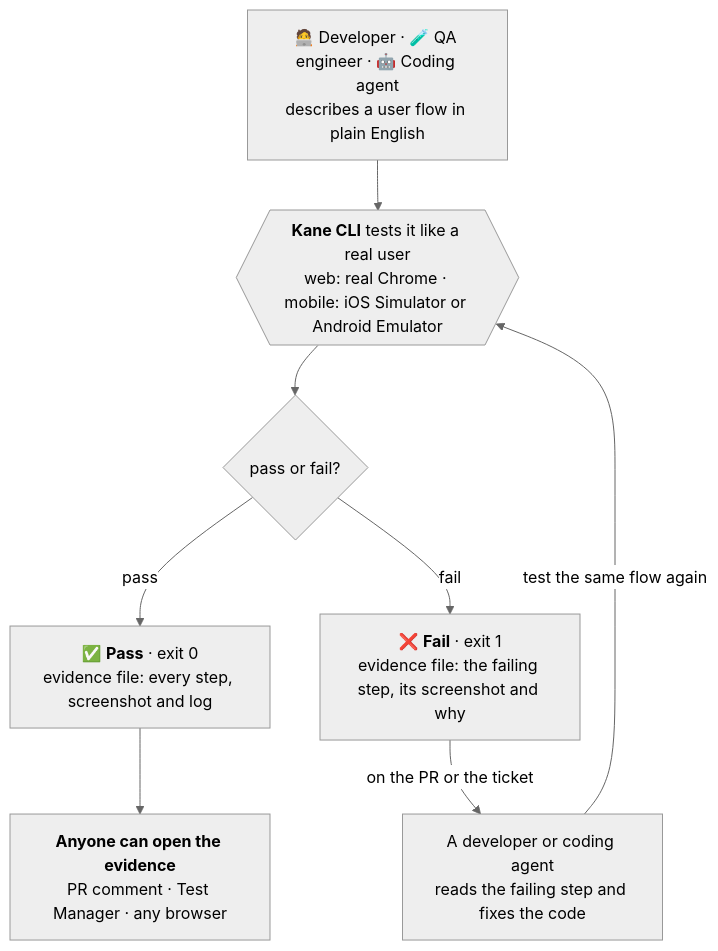
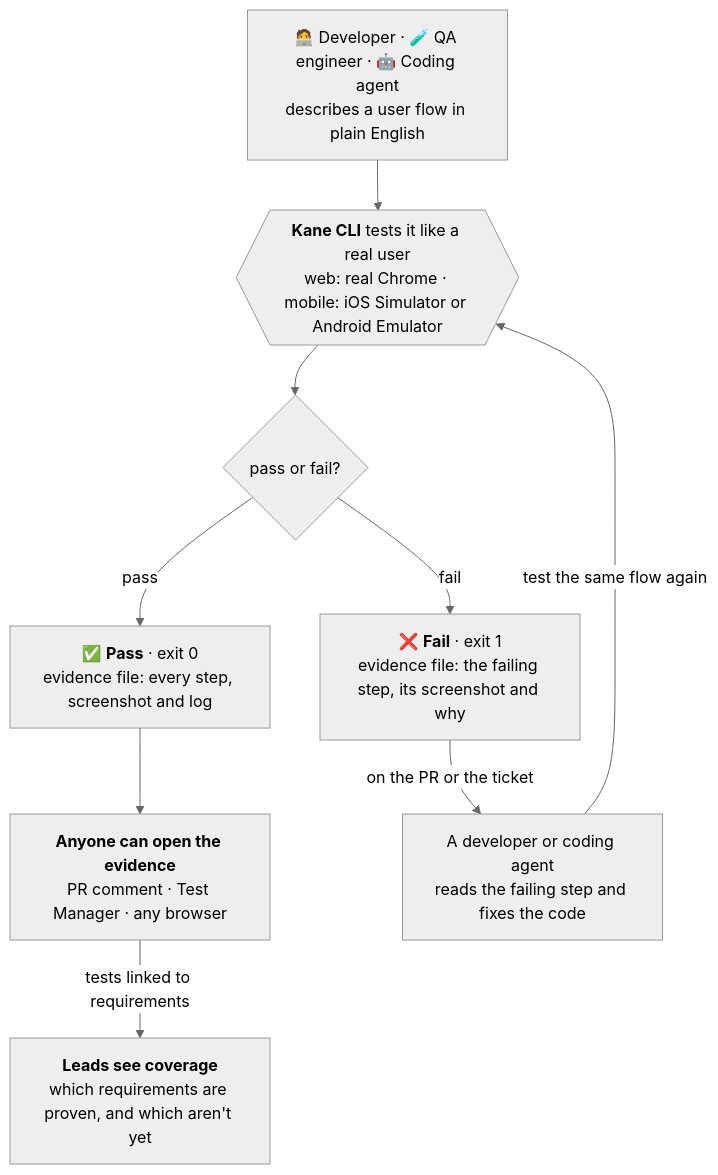
The first of 2 diagrams in README.md (anubhavsinghmaar/readme-check), drawn with Mermaid before and after one commit. The commit also changed other lines of this file and 1 other file, not shown here.

Commit message:
Draft 5.2: real star GIF, three roles in What is Kane CLI, leads and coverage in the flowchart, full assurance command chain

````diff
--- a/README.md
+++ b/README.md
@@ -223,18 +225,20 @@
 ```mermaid
 %%{init: {'theme': 'neutral'}}%%
 flowchart TD
     A["🧑‍💻 Developer · 🧪 QA engineer · 🤖 Coding agent<br/>describes a user flow in plain English"]
     K{{"<b>Kane CLI</b> tests it like a real user<br/>web: real Chrome · mobile: iOS Simulator or Android Emulator"}}
     V{"pass or fail?"}
     P["✅ <b>Pass</b> · exit 0<br/>evidence file: every step, screenshot and log"]
     F["❌ <b>Fail</b> · exit 1<br/>evidence file: the failing step, its screenshot and why"]
     S["<b>Anyone can open the evidence</b><br/>PR comment · Test Manager · any browser"]
     X["A developer or coding agent<br/>reads the failing step and fixes the code"]
+    C["<b>Leads see coverage</b><br/>which requirements are proven, and which aren't yet"]
 
     A --> K --> V
     V -->|"pass"| P
     V -->|"fail"| F
     P --> S
+    S -->|"tests linked to requirements"| C
     F -->|"on the PR or the ticket"| X
     X -->|"test the same flow again"| K
 ```
````
